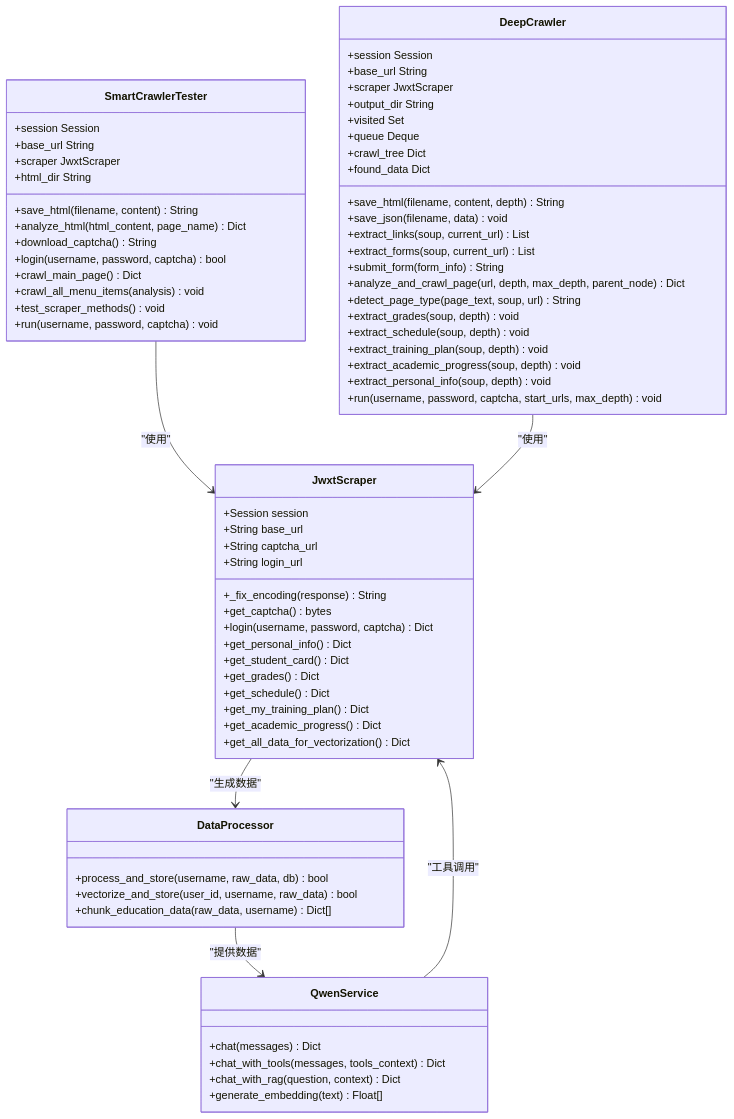
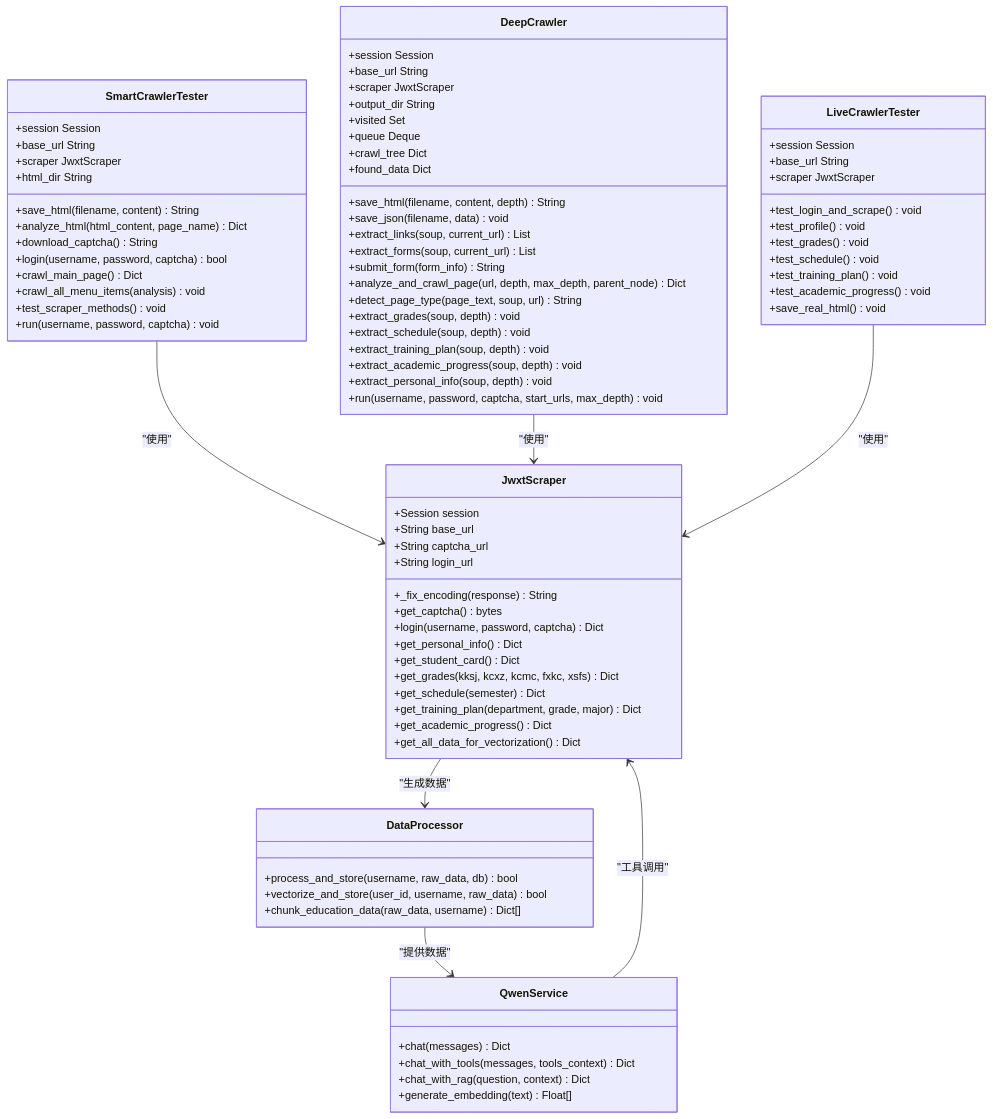
The second of 13 diagrams in .qoder/repowiki/zh/content/开发指南/测试策略/爬虫验证报告.md (ghbbn053-ship-itsoulddog/soulddog), drawn with Mermaid before and after one commit. The commit also changed other lines of this file and 10 other files, not shown here.

````diff
--- a/.qoder/repowiki/zh/content/开发指南/测试策略/爬虫验证报告.md
+++ b/.qoder/repowiki/zh/content/开发指南/测试策略/爬虫验证报告.md
@@ -120,9 +138,9 @@
 +login(username, password, captcha) Dict
 +get_personal_info() Dict
 +get_student_card() Dict
-+get_grades() Dict
-+get_schedule() Dict
-+get_my_training_plan() Dict
++get_grades(kksj, kcxz, kcmc, fxkc, xsfs) Dict
++get_schedule(semester) Dict
++get_training_plan(department, grade, major) Dict
 +get_academic_progress() Dict
 +get_all_data_for_vectorization() Dict
 }
@@ -174,9 +192,22 @@
 +extract_personal_info(soup, depth) void
 +run(username, password, captcha, start_urls, max_depth) void
 }
+class LiveCrawlerTester {
++session Session
++base_url String
++scraper JwxtScraper
++test_login_and_scrape() void
++test_profile() void
++test_grades() void
++test_schedule() void
++test_training_plan() void
++test_academic_progress() void
++save_real_html() void
+}
 JwxtScraper --> DataProcessor : "生成数据"
 DataProcessor --> QwenService : "提供数据"
 QwenService --> JwxtScraper : "工具调用"
 SmartCrawlerTester --> JwxtScraper : "使用"
 DeepCrawler --> JwxtScraper : "使用"
+LiveCrawlerTester --> JwxtScraper : "使用"
 ```
````
